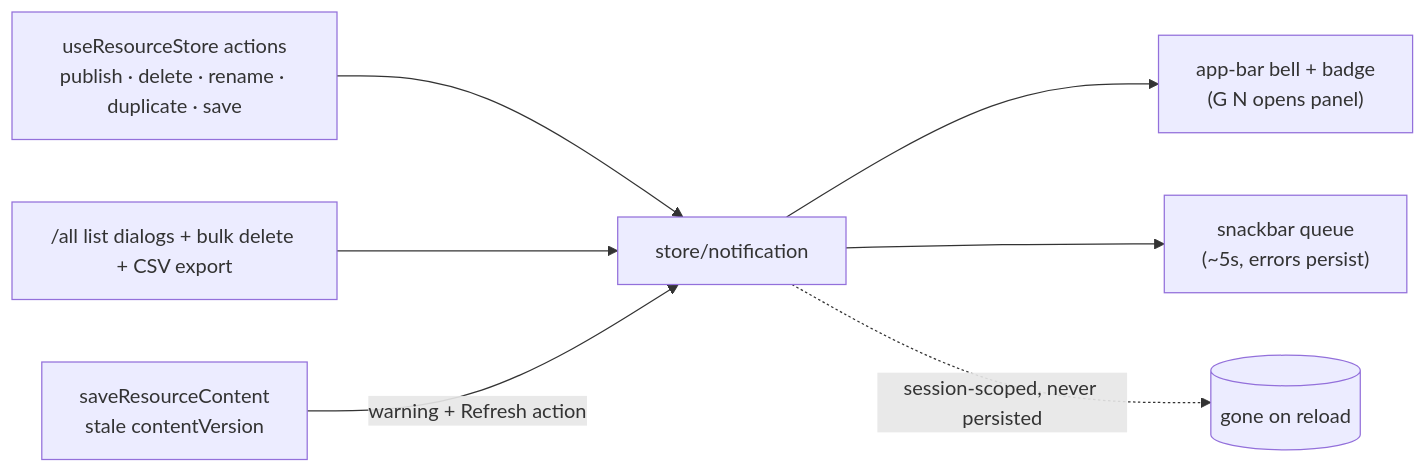
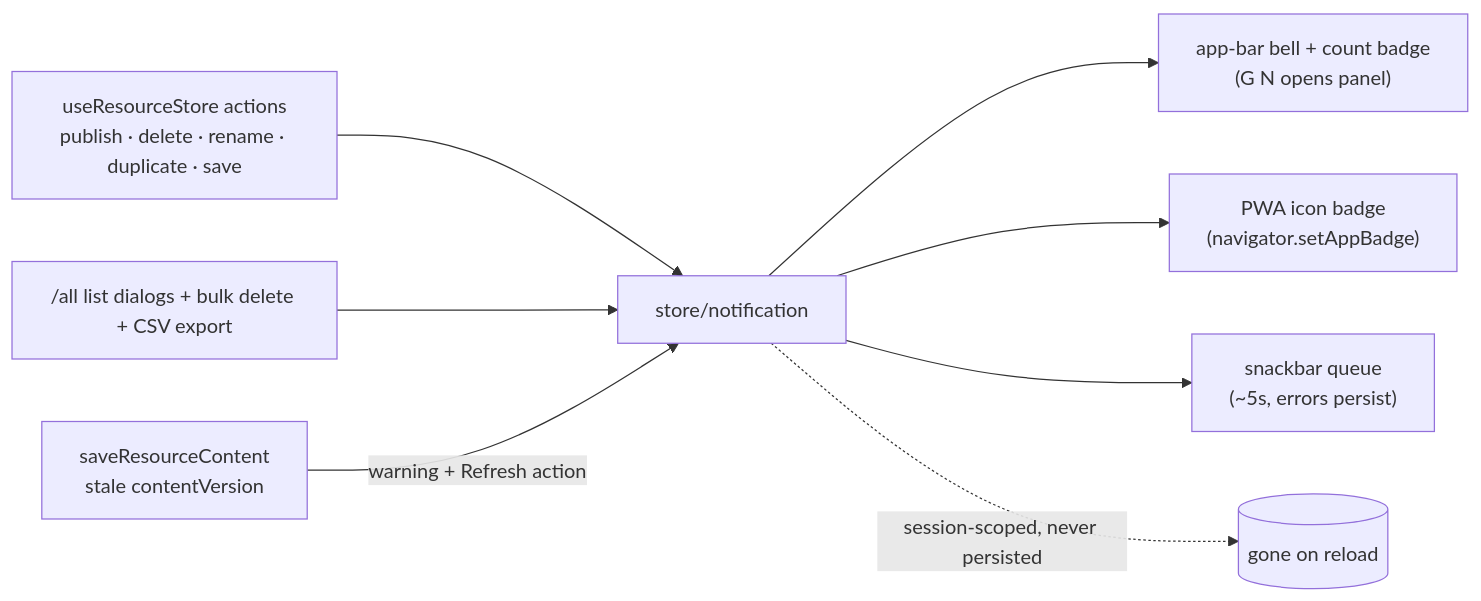
One commit to Esposter/Esposter changed the diagram in packages/app/content/docs/platform/notifications.md. Above: the diagram before and after it, drawn with Mermaid. The commit also changed other lines of this file and 7 other files, not shown here.

First line of the commit message:
fix(notification): badge the unread count instead of a dot, and mirror it onto the PWA icon

````diff
--- a/packages/app/content/docs/platform/notifications.md
+++ b/packages/app/content/docs/platform/notifications.md
@@ -26,9 +26,10 @@
 ```mermaid
 flowchart LR
   UR["useResourceStore actions<br/>publish · delete · rename · duplicate · save"] --> ST
   LST["/all list dialogs + bulk delete + CSV export"] --> ST
   CV["saveResourceContent<br/>stale contentVersion"] -->|warning + Refresh action| ST["store/notification"]
-  ST --> BELL["app-bar bell + badge<br/>(G N opens panel)"]
+  ST --> BELL["app-bar bell + count badge<br/>(G N opens panel)"]
+  ST --> APPICON["PWA icon badge<br/>(navigator.setAppBadge)"]
   ST --> SNACK["snackbar queue<br/>(~5s, errors persist)"]
   ST -.->|"session-scoped, never persisted"| X[("gone on reload")]
 ```
````
